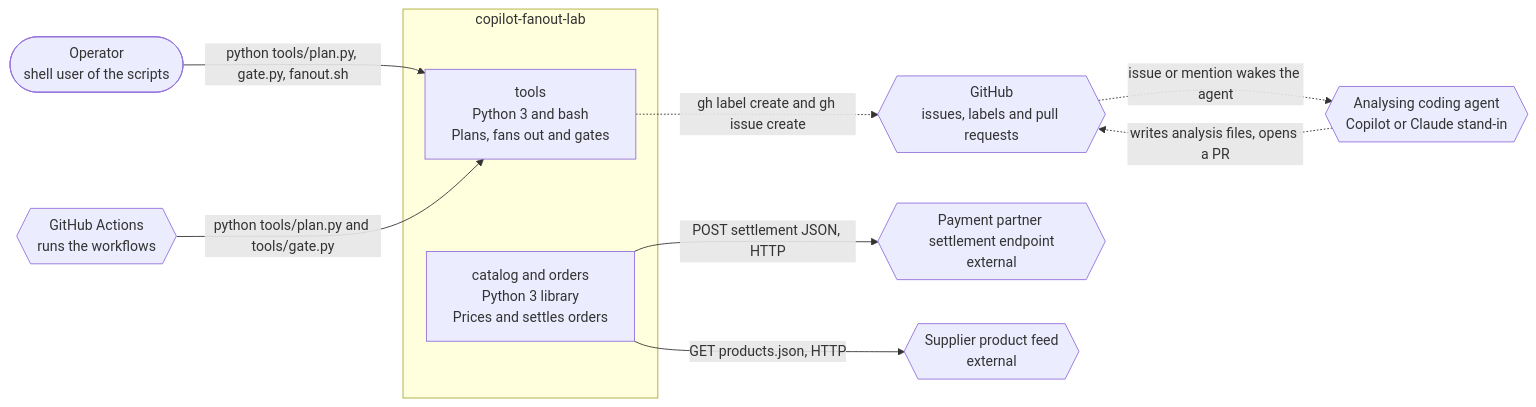
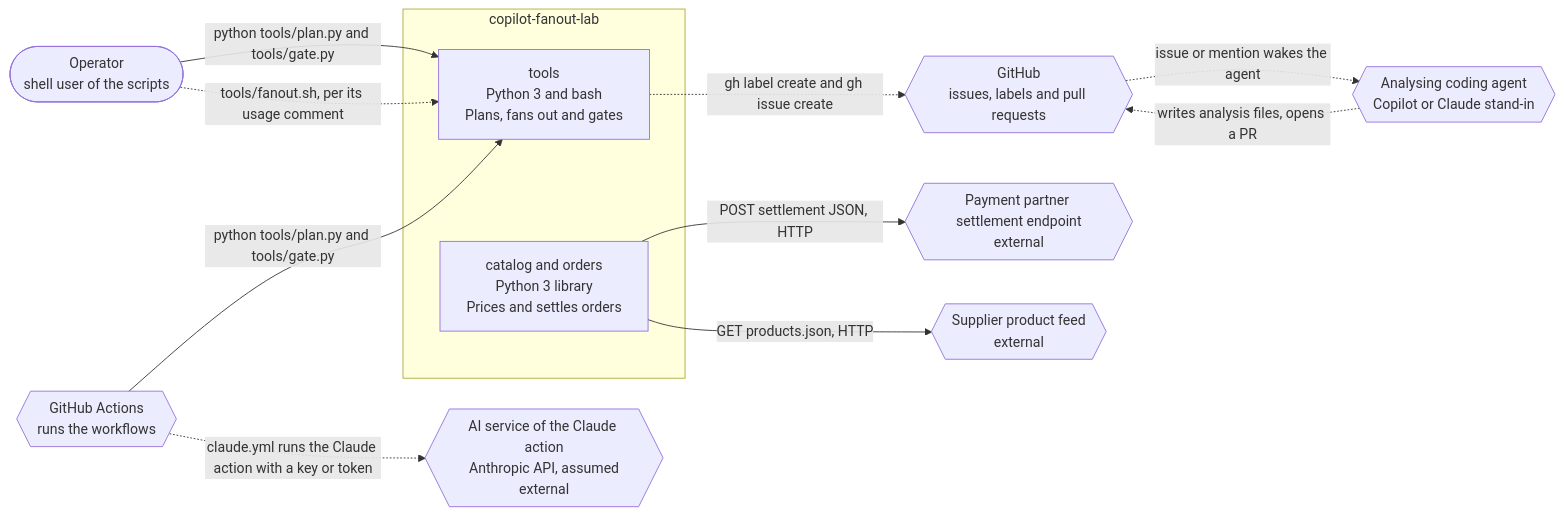
Before and after one commit to vishalc412/copilot-fanout-lab: the diagram in bible/README.md, drawn with Mermaid. The commit also changed other lines of this file and 30 other files, not shown here.

````diff
--- a/bible/README.md
+++ b/bible/README.md
@@ -22,20 +22,23 @@
 ```mermaid
 flowchart LR
   operator(["Operator<br/>shell user of the scripts"])
   agent{{"Analysing coding agent<br/>Copilot or Claude stand-in"}}
   actions{{"GitHub Actions<br/>runs the workflows"}}
+  aiservice{{"AI service of the Claude action<br/>Anthropic API, assumed<br/>external"}}
   subgraph labsys["copilot-fanout-lab"]
     shop["catalog and orders<br/>Python 3 library<br/>Prices and settles orders"]
     tools["tools<br/>Python 3 and bash<br/>Plans, fans out and gates"]
   end
   github{{"GitHub<br/>issues, labels and pull requests"}}
   partner{{"Payment partner settlement endpoint<br/>external"}}
   supplier{{"Supplier product feed<br/>external"}}
-  operator -->|"python tools/plan.py, gate.py, fanout.sh"| tools
+  operator -->|"python tools/plan.py and tools/gate.py"| tools
+  operator -.->|"tools/fanout.sh, per its usage comment"| tools
   actions -->|"python tools/plan.py and tools/gate.py"| tools
+  actions -.->|"claude.yml runs the Claude action with a key or token"| aiservice
   tools -.->|"gh label create and gh issue create"| github
   github -.->|"issue or mention wakes the agent"| agent
   agent -.->|"writes analysis files, opens a PR"| github
   shop -->|"POST settlement JSON, HTTP"| partner
   shop -->|"GET products.json, HTTP"| supplier
 ```
````
